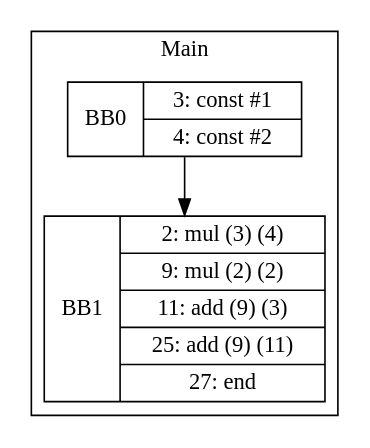
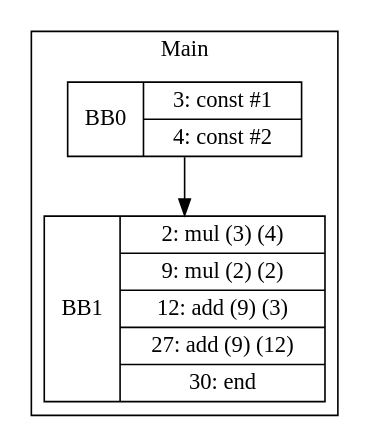
One commit to zjc664656505/UCI-CS241-Advanced-Compiler-main changed the diagram in visualization/cbelem/simple/CSEOperandAgnostic-mul.gv. Above: the diagram before and after it, drawn with Graphviz. The commit also changed 13 other files, not shown here.

```diff
--- a/visualization/cbelem/simple/CSEOperandAgnostic-mul.gv
+++ b/visualization/cbelem/simple/CSEOperandAgnostic-mul.gv
@@ -1,9 +1,9 @@
 digraph G {
 node [shape=record];
 subgraph cluster_main{
 label = "Main";
 BB0 [shape=record, label="<b>BB0|{3: const #1|4: const #2}"];
-BB1 [shape=record, label="<b>BB1|{2: mul (3) (4)|9: mul (2) (2)|11: add (9) (3)|25: add (9) (11)|27: end}"];
+BB1 [shape=record, label="<b>BB1|{2: mul (3) (4)|9: mul (2) (2)|12: add (9) (3)|27: add (9) (12)|30: end}"];
 }
 BB0:s -> BB1:n ;
 }
```
